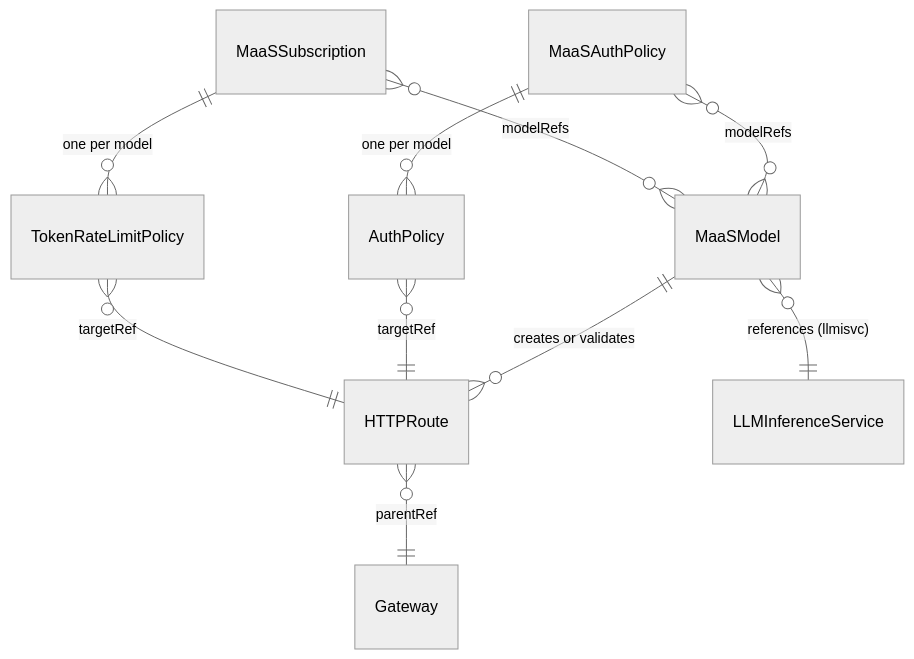
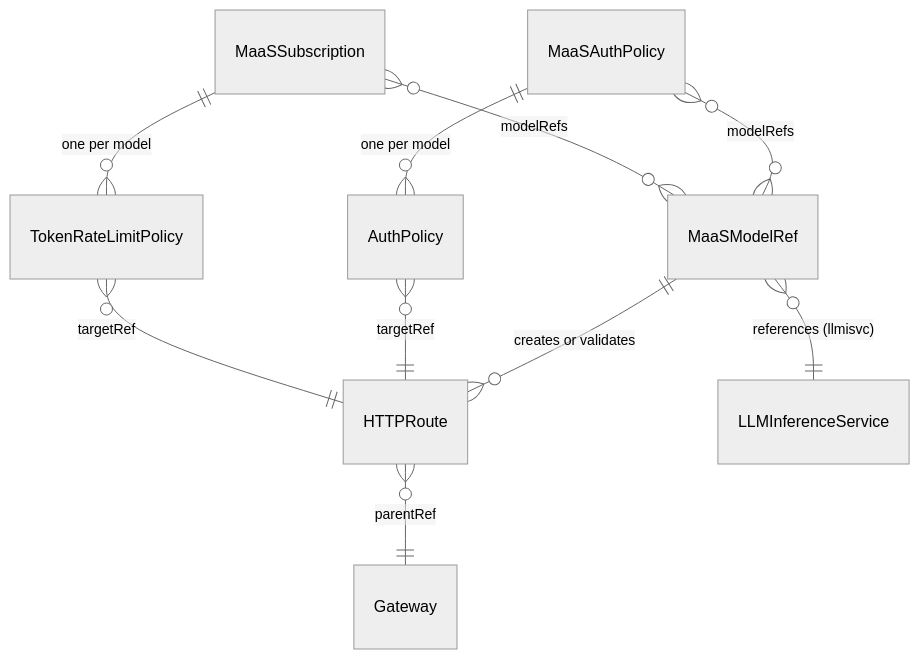
The fifth of 6 diagrams in docs/content/configuration-and-management/maas-controller-overview.md (opendatahub-io/models-as-a-service), drawn with Mermaid (neutral theme) before and after one commit. The commit also changed other lines of this file and 44 other files, not shown here.

First line of the commit message:
Rename MaaSModel CRD to MaaSModelRef

````diff
--- a/docs/content/configuration-and-management/maas-controller-overview.md
+++ b/docs/content/configuration-and-management/maas-controller-overview.md
@@ -177,12 +177,12 @@
 ```mermaid
 erDiagram
-    MaaSModel ||--o{ HTTPRoute : "creates or validates"
-    MaaSModel }o--|| LLMInferenceService : "references (llmisvc)"
+    MaaSModelRef ||--o{ HTTPRoute : "creates or validates"
+    MaaSModelRef }o--|| LLMInferenceService : "references (llmisvc)"
     MaaSAuthPolicy ||--o{ AuthPolicy : "one per model"
-    MaaSAuthPolicy }o--o{ MaaSModel : "modelRefs"
+    MaaSAuthPolicy }o--o{ MaaSModelRef : "modelRefs"
     MaaSSubscription ||--o{ TokenRateLimitPolicy : "one per model"
-    MaaSSubscription }o--o{ MaaSModel : "modelRefs"
+    MaaSSubscription }o--o{ MaaSModelRef : "modelRefs"
     AuthPolicy }o--|| HTTPRoute : "targetRef"
     TokenRateLimitPolicy }o--|| HTTPRoute : "targetRef"
     HTTPRoute }o--|| Gateway : "parentRef"
 ```
````
